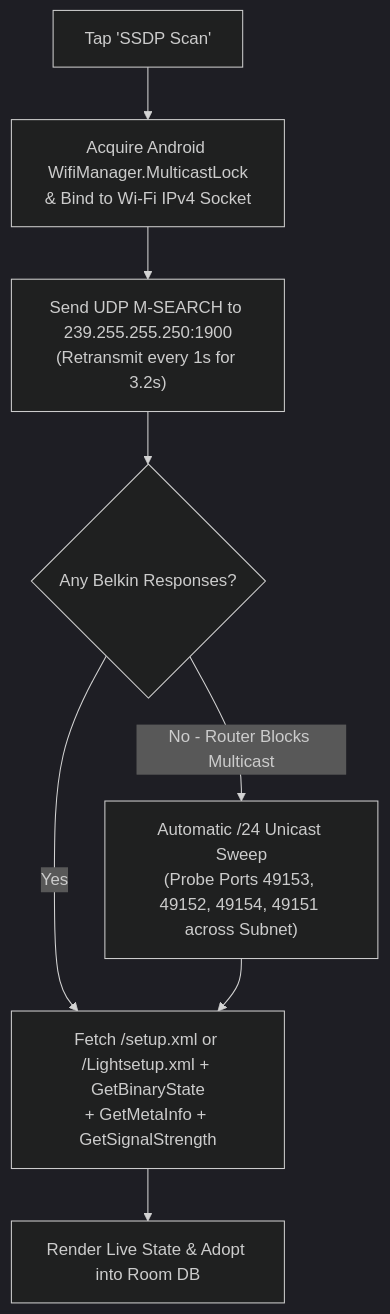
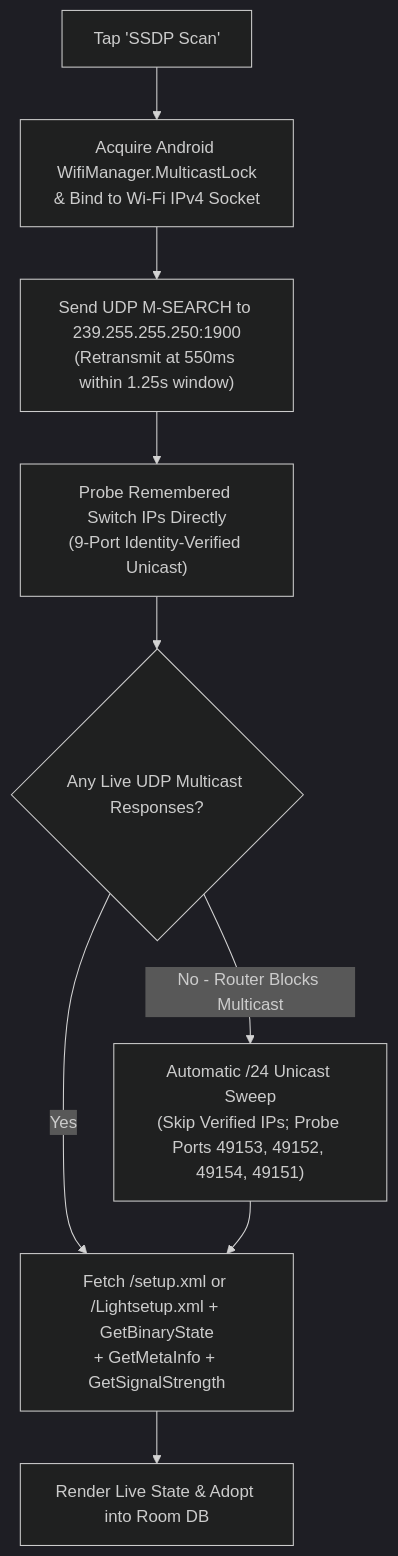
One commit to MichaelRHead/WeMi-light-control changed the diagram in docs/user-guide/switch-discovery.md. Above: the diagram before and after it, drawn with Mermaid (dark theme). The commit also changed other lines of this file and 12 other files, not shown here.

````diff
--- a/docs/user-guide/switch-discovery.md
+++ b/docs/user-guide/switch-discovery.md
@@ -53,10 +53,11 @@
 ```mermaid
 flowchart TD
     Start["Tap 'SSDP Scan'"] --> Lock["Acquire Android WifiManager.MulticastLock\n& Bind to Wi-Fi IPv4 Socket"]
-    Lock --> MSearch["Send UDP M-SEARCH to 239.255.255.250:1900\n(Retransmit every 1s for 3.2s)"]
-    MSearch --> Check{"Any Belkin Responses?"}
+    Lock --> MSearch["Send UDP M-SEARCH to 239.255.255.250:1900\n(Retransmit at 550ms within 1.25s window)"]
+    MSearch --> Known["Probe Remembered Switch IPs Directly\n(9-Port Identity-Verified Unicast)"]
+    Known --> Check{"Any Live UDP Multicast Responses?"}
     Check -->|Yes| Fetch["Fetch /setup.xml or /Lightsetup.xml + GetBinaryState\n+ GetMetaInfo + GetSignalStrength"]
-    Check -->|No - Router Blocks Multicast| Unicast["Automatic /24 Unicast Sweep\n(Probe Ports 49153, 49152, 49154, 49151 across Subnet)"]
+    Check -->|No - Router Blocks Multicast| Unicast["Automatic /24 Unicast Sweep\n(Skip Verified IPs; Probe Ports 49153, 49152, 49154, 49151)"]
     Unicast --> Fetch
     Fetch --> Done["Render Live State & Adopt into Room DB"]
 ```
````
